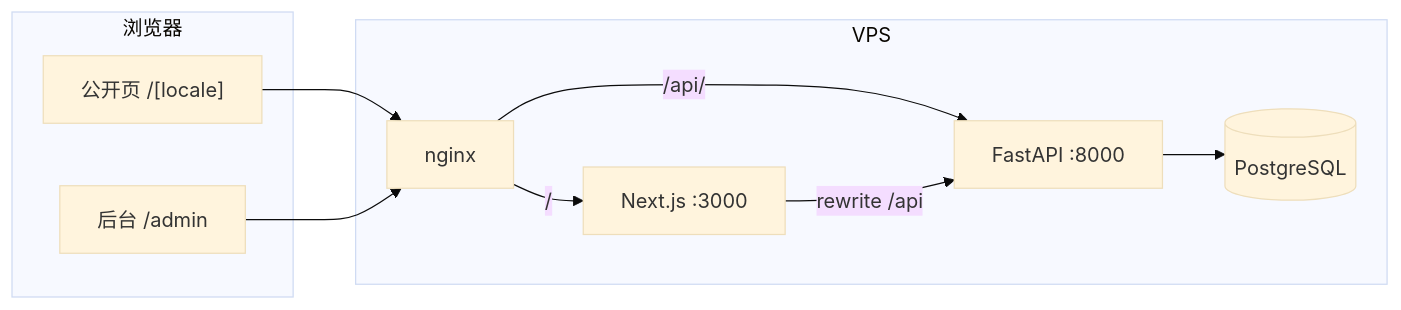
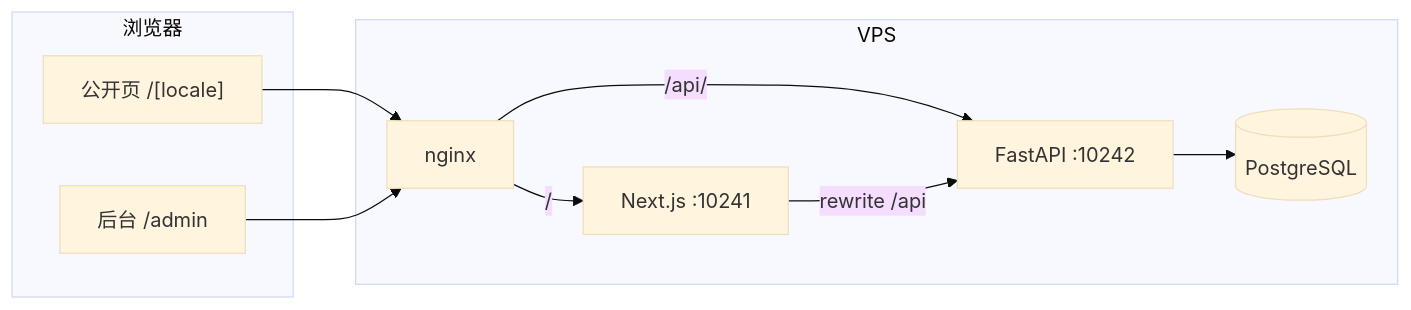
Before and after one commit to xiongxianzhu/xblog: the diagram in README.md, drawn with Mermaid (base theme). The commit also changed other lines of this file and 26 other files, not shown here.

````diff
--- a/README.md
+++ b/README.md
@@ -80,21 +80,21 @@
 ```mermaid
 flowchart LR
   subgraph Browser["浏览器"]
     P["公开页 /[locale]"]
     A["后台 /admin"]
   end
 
   subgraph VPS["VPS"]
     N["nginx"]
-    W["Next.js :3000"]
-    B["FastAPI :8000"]
+    W["Next.js :10241"]
+    B["FastAPI :10242"]
     DB[(PostgreSQL)]
   end
 
   P --> N
   A --> N
   N -->|"/"| W
   N -->|"/api/"| B
   W -->|rewrite /api| B
   B --> DB
 ```
````
